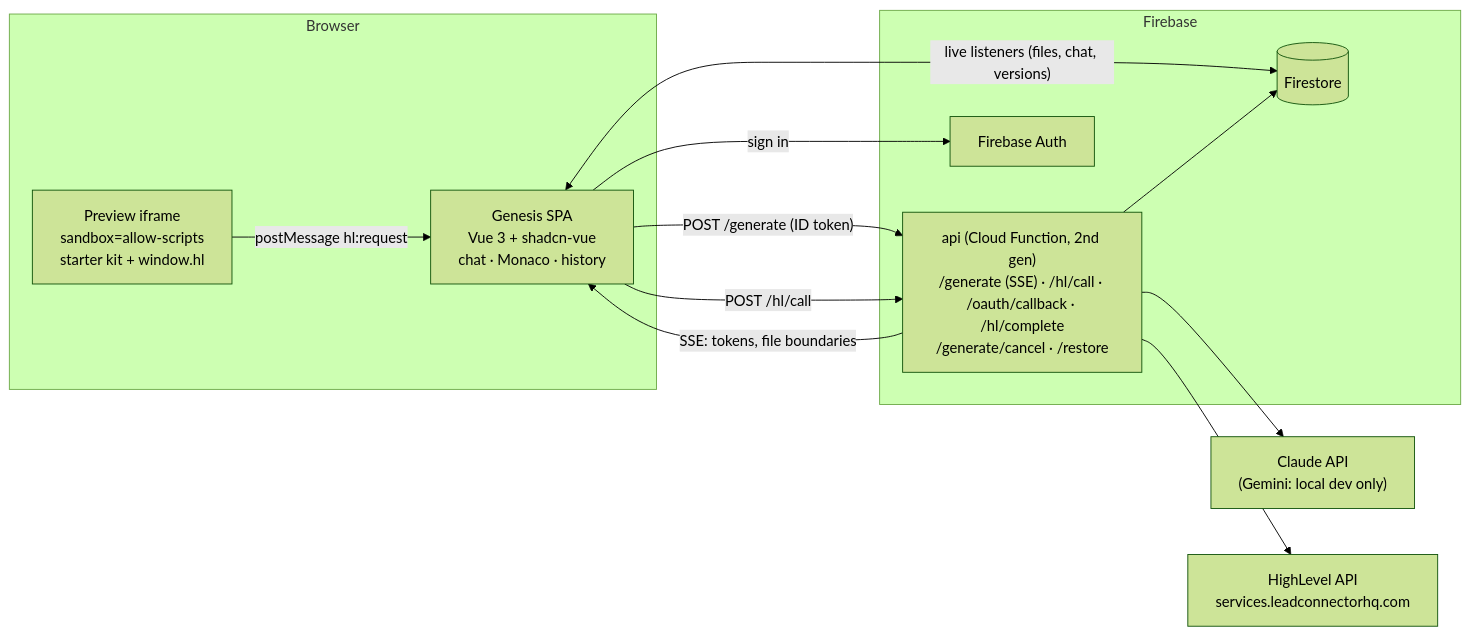
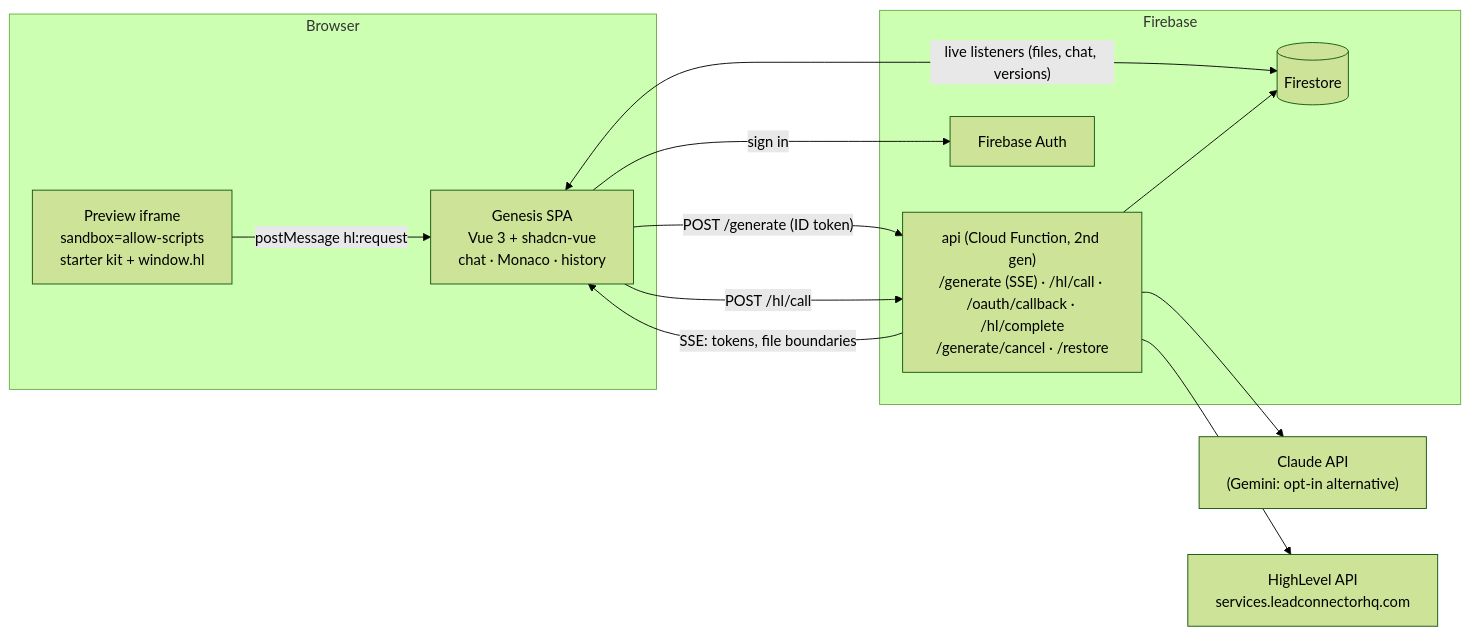
One commit to enti-re/highlevel-genesis changed the first of 4 diagrams in docs/DESIGN.md. Above: the diagram before and after it, drawn with Mermaid (forest theme). The commit also changed other lines of this file and 7 other files, not shown here.

````diff
--- a/docs/DESIGN.md
+++ b/docs/DESIGN.md
@@ -26,24 +26,24 @@
 ```mermaid
 flowchart LR
   subgraph Browser
     UI["Genesis SPA<br/>Vue 3 + shadcn-vue<br/>chat · Monaco · history"]
     PV["Preview iframe<br/>sandbox=allow-scripts<br/>starter kit + window.hl"]
   end
   subgraph Firebase
     API["api (Cloud Function, 2nd gen)<br/>/generate (SSE) · /hl/call · /oauth/callback · /hl/complete<br/>/generate/cancel · /restore"]
     FS[("Firestore")]
     AUTH["Firebase Auth"]
   end
-  LLM["Claude API<br/>(Gemini: local dev only)"]
+  LLM["Claude API<br/>(Gemini: opt-in alternative)"]
   HL["HighLevel API<br/>services.leadconnectorhq.com"]
 
   UI -- "POST /generate (ID token)" --> API
   API -- "SSE: tokens, file boundaries" --> UI
   UI <-- "live listeners (files, chat, versions)" --> FS
   UI -- "sign in" --> AUTH
   PV -- "postMessage hl:request" --> UI
   UI -- "POST /hl/call" --> API
   API --> LLM
   API --> HL
   API --> FS
 ```
````
